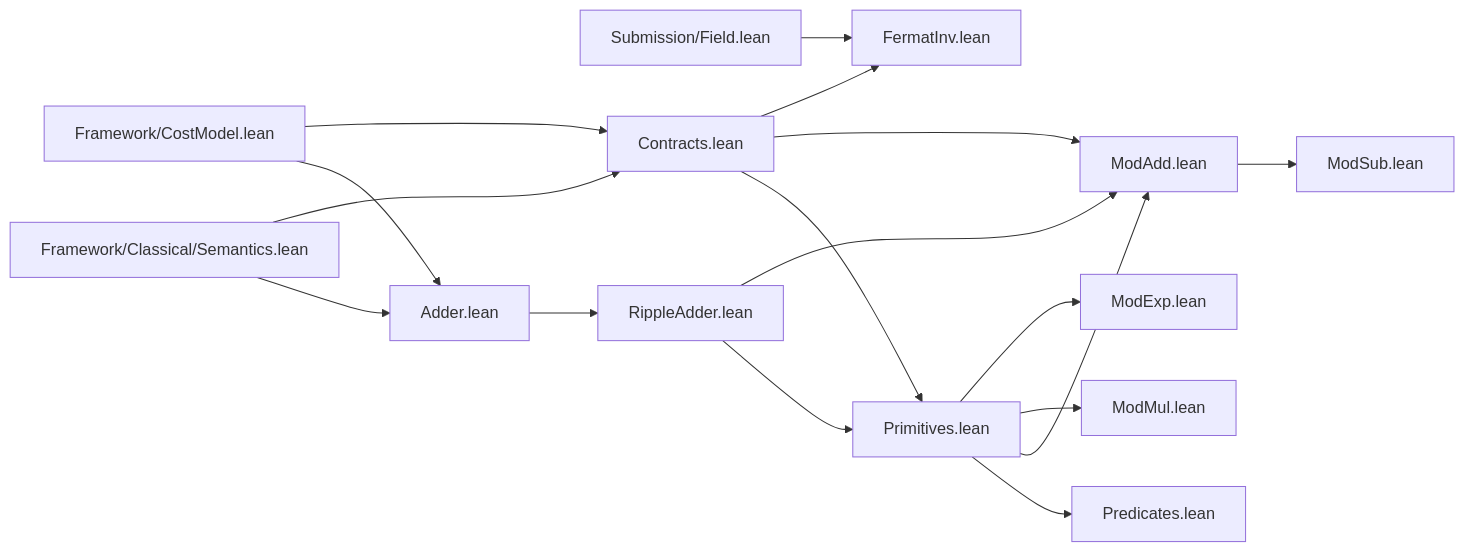
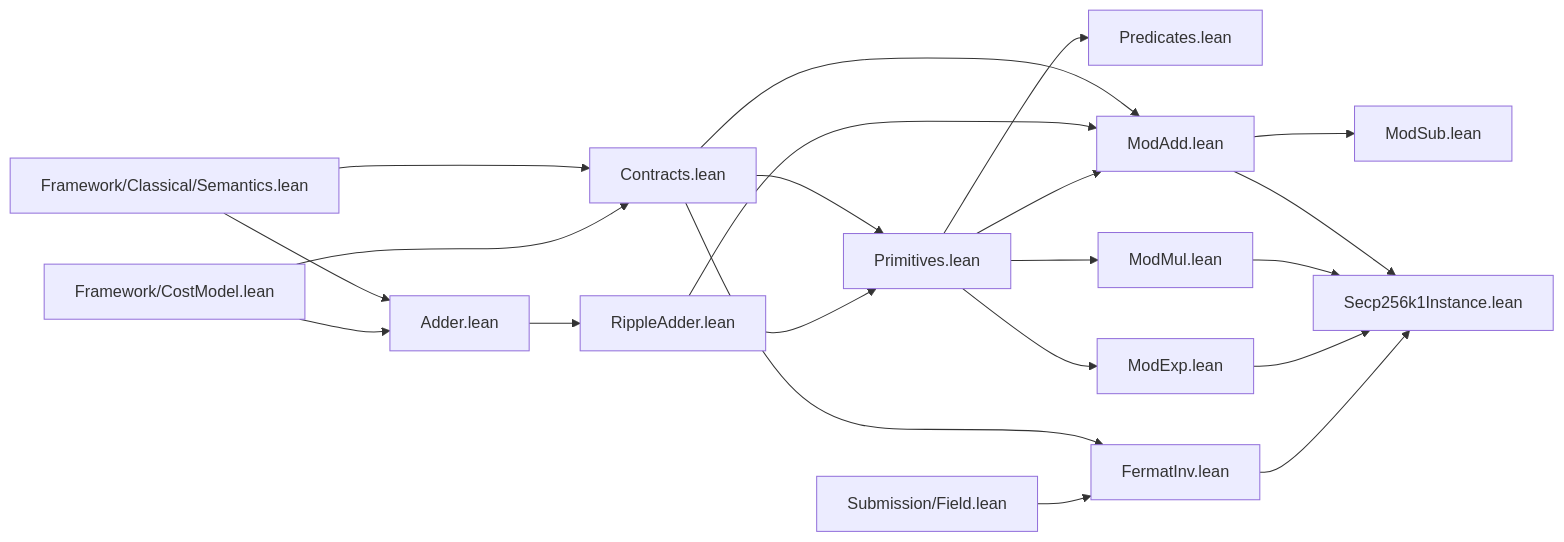
One commit to VerifiedQC/ShorECDLP changed the first of 2 diagrams in ShorECDLP/Submission/Arithmetic/README.md. Above: the diagram before and after it, drawn with Mermaid. The commit also changed other lines of this file and 4 other files, not shown here.

````diff
--- a/ShorECDLP/Submission/Arithmetic/README.md
+++ b/ShorECDLP/Submission/Arithmetic/README.md
@@ -24,34 +24,39 @@
 ```mermaid
 flowchart LR
   Semantics["Framework/Classical/Semantics.lean"]
   CostModel["Framework/CostModel.lean"]
   Field["Submission/Field.lean"]
 
   Adder["Adder.lean"]
   Contracts["Contracts.lean"]
   Ripple["RippleAdder.lean"]
   Primitives["Primitives.lean"]
   Predicates["Predicates.lean"]
   ModAdd["ModAdd.lean"]
   ModSub["ModSub.lean"]
   ModMul["ModMul.lean"]
   ModExp["ModExp.lean"]
   FermatInv["FermatInv.lean"]
+  Instance["Secp256k1Instance.lean"]
 
   Semantics --> Adder
   CostModel --> Adder
   Semantics --> Contracts
   CostModel --> Contracts
   Adder --> Ripple
   Contracts --> Primitives
   Ripple --> Primitives
   Primitives --> Predicates
   Contracts --> ModAdd
   Ripple --> ModAdd
   Primitives --> ModAdd
   ModAdd --> ModSub
   Primitives --> ModMul
   Primitives --> ModExp
   Contracts --> FermatInv
   Field --> FermatInv
+  ModAdd --> Instance
+  ModMul --> Instance
+  ModExp --> Instance
+  FermatInv --> Instance
 ```
````
